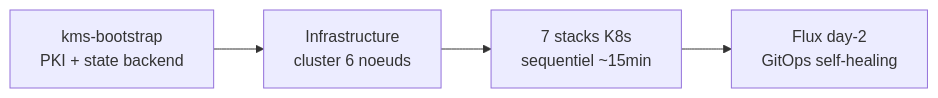
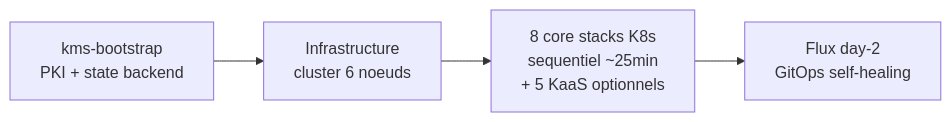
The diagram in docs/index.md (Destynova2/st4ck), drawn with Mermaid before and after one commit. The commit also changed 5 other files, not shown here.

First line of the commit message:
docs: fix drift — 7→8 core stacks, +5 KaaS, 22→26 ADRs, drop Outscale

````diff
--- a/docs/index.md
+++ b/docs/index.md
@@ -17,6 +17,6 @@
 ```mermaid
 graph LR
     KMS[kms-bootstrap<br/>PKI + state backend] --> INFRA[Infrastructure<br/>cluster 6 noeuds]
-    INFRA --> STACKS[7 stacks K8s<br/>sequentiel ~15min]
+    INFRA --> STACKS[8 core stacks K8s<br/>sequentiel ~25min<br/>+ 5 KaaS optionnels]
     STACKS --> FLUX[Flux day-2<br/>GitOps self-healing]
 ```
````
